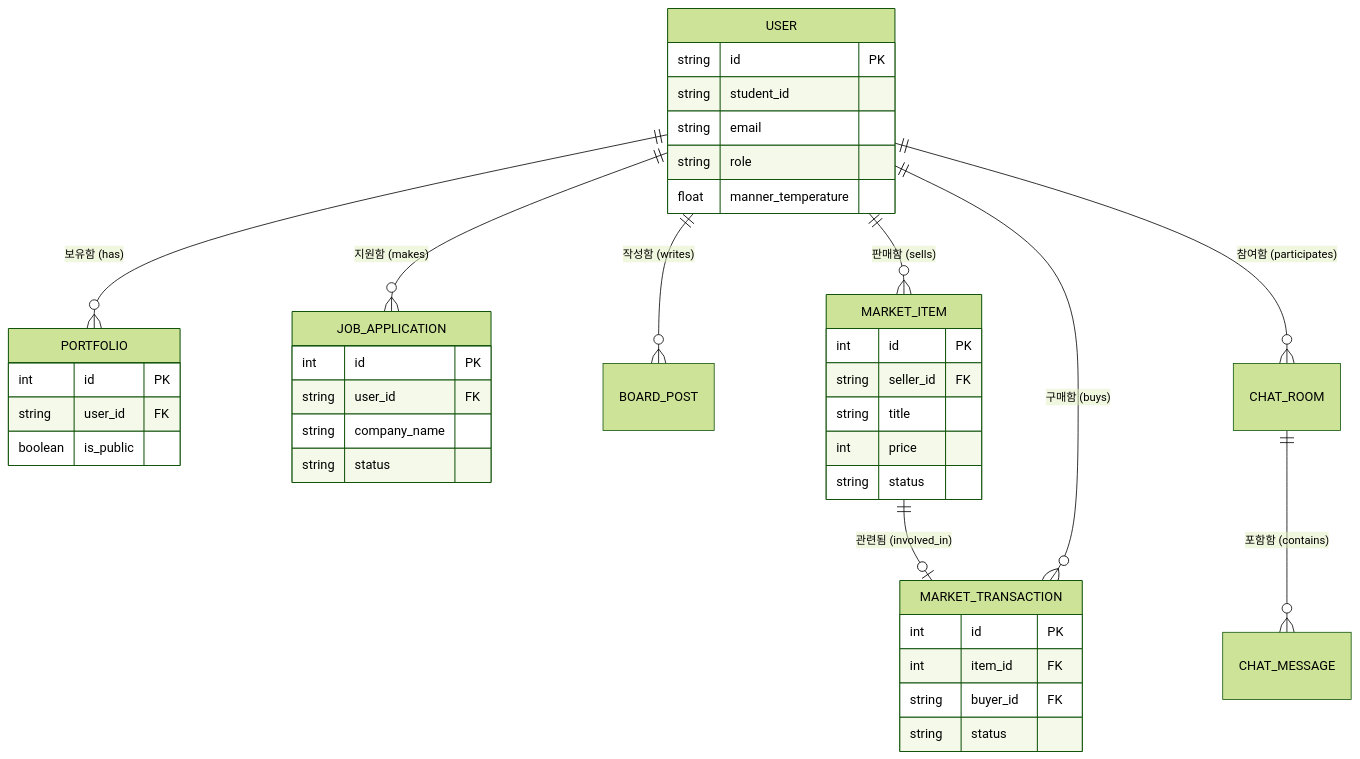
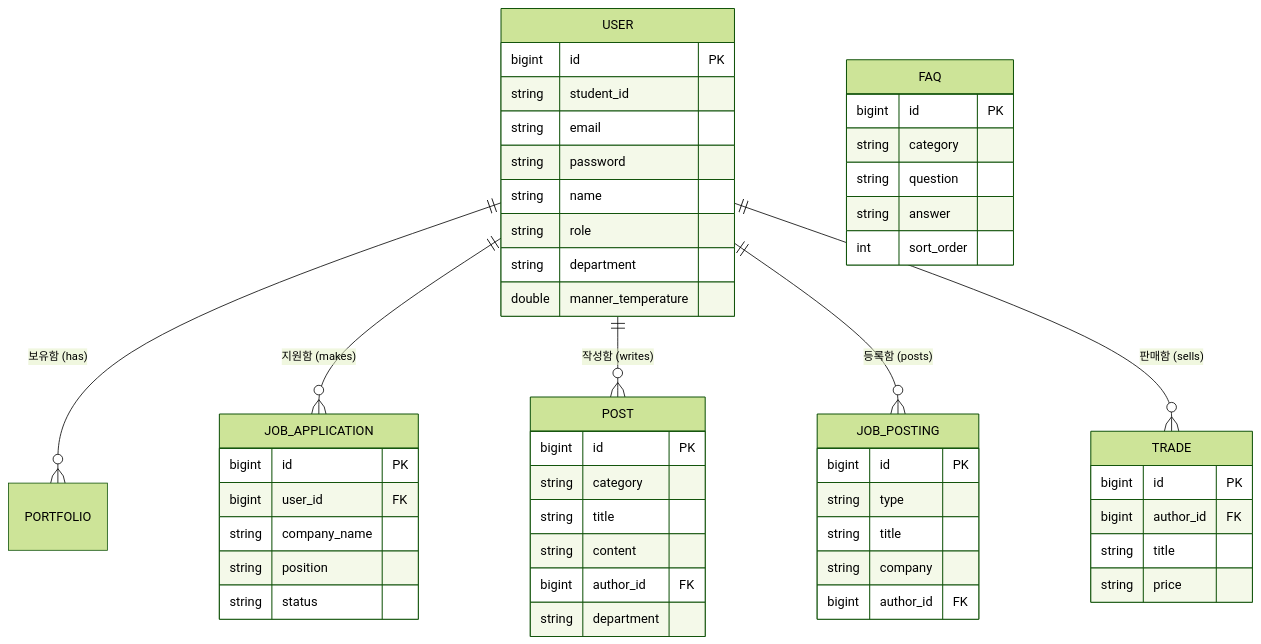
The diagram in architecture_erd.md (hjn5018/polpol), drawn with Mermaid (forest theme) before and after one commit. The commit also changed other lines of this file and 33 other files, not shown here.

````diff
--- a/architecture_erd.md
+++ b/architecture_erd.md
@@ -107,43 +123,54 @@
 ```mermaid
 erDiagram
     USER ||--o{ PORTFOLIO : "보유함 (has)"
     USER ||--o{ JOB_APPLICATION : "지원함 (makes)"
-    USER ||--o{ BOARD_POST : "작성함 (writes)"
-    USER ||--o{ MARKET_ITEM : "판매함 (sells)"
-    MARKET_ITEM ||--o| MARKET_TRANSACTION : "관련됨 (involved_in)"
-    USER ||--o{ MARKET_TRANSACTION : "구매함 (buys)"
-    USER ||--o{ CHAT_ROOM : "참여함 (participates)"
-    CHAT_ROOM ||--o{ CHAT_MESSAGE : "포함함 (contains)"
+    USER ||--o{ POST : "작성함 (writes)"
+    USER ||--o{ JOB_POSTING : "등록함 (posts)"
+    USER ||--o{ TRADE : "판매함 (sells)"
     
     USER {
-        string id PK
+        bigint id PK
         string student_id
         string email
+        string password
+        string name
         string role
-        float manner_temperature
+        string department
+        double manner_temperature
     }
-    PORTFOLIO {
-        int id PK
-        string user_id FK
-        boolean is_public
+    POST {
+        bigint id PK
+        string category
+        string title
+        string content
+        bigint author_id FK
+        string department
+    }
+    JOB_POSTING {
+        bigint id PK
+        string type
+        string title
+        string company
+        bigint author_id FK
     }
     JOB_APPLICATION {
-        int id PK
-        string user_id FK
+        bigint id PK
+        bigint user_id FK
         string company_name
+        string position
         string status
     }
-    MARKET_ITEM {
-        int id PK
-        string seller_id FK
+    TRADE {
+        bigint id PK
+        bigint author_id FK
         string title
-        int price
-        string status
+        string price
     }
-    MARKET_TRANSACTION {
-        int id PK
-        int item_id FK
-        string buyer_id FK
-        string status
+    FAQ {
+        bigint id PK
+        string category
+        string question
+        string answer
+        int sort_order
     }
 ```
````
